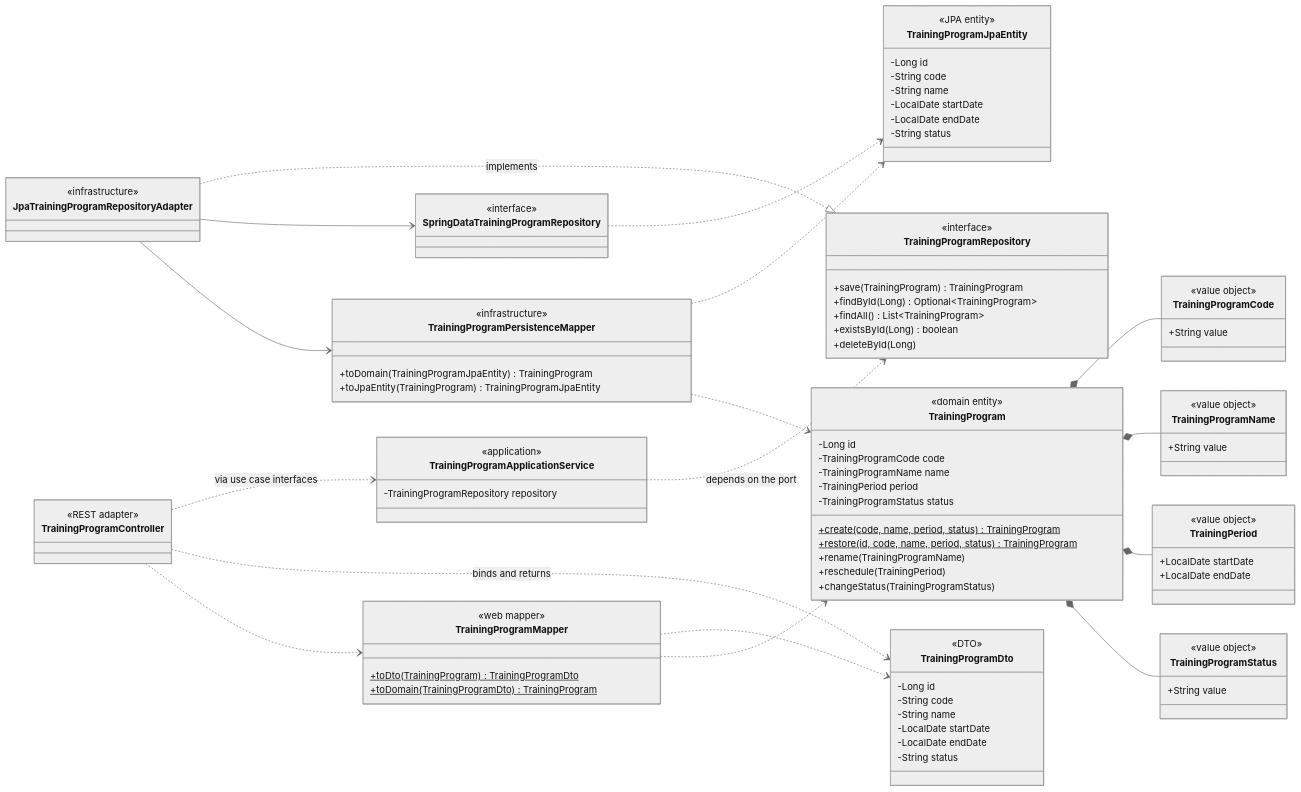
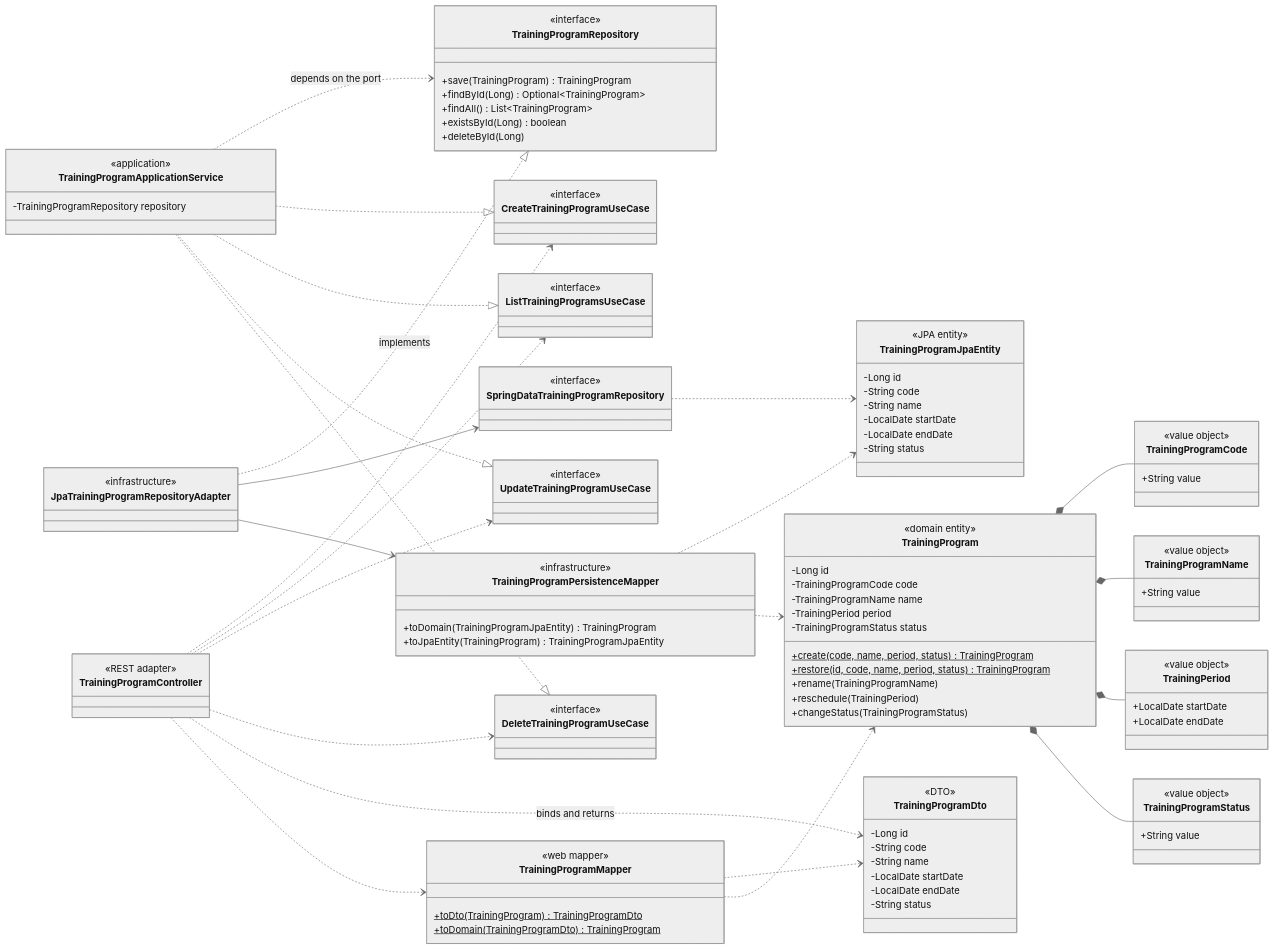
The second of 2 diagrams in docs/diag-class.md (keber/otf-sisacad), drawn with Mermaid (neutral theme) before and after one commit. The commit also changed other lines of this file and 5 other files, not shown here.

First line of the commit message:
docs: finalise architecture docs against the completed refactor

```diff
--- a/docs/diag-class.md
+++ b/docs/diag-class.md
@@ -141,6 +141,19 @@
         +findAll() List~TrainingProgram~
         +existsById(Long) boolean
         +deleteById(Long)
+    }
+
+    class CreateTrainingProgramUseCase {
+        <<interface>>
+    }
+    class ListTrainingProgramsUseCase {
+        <<interface>>
+    }
+    class UpdateTrainingProgramUseCase {
+        <<interface>>
+    }
+    class DeleteTrainingProgramUseCase {
+        <<interface>>
     }
 
     class TrainingProgramApplicationService {
@@ -210,7 +223,14 @@
     TrainingProgramPersistenceMapper ..> TrainingProgram
 
     %% REST adapter
-    TrainingProgramController ..> TrainingProgramApplicationService : via use case interfaces
+    TrainingProgramController ..> CreateTrainingProgramUseCase
+    TrainingProgramController ..> ListTrainingProgramsUseCase
+    TrainingProgramController ..> UpdateTrainingProgramUseCase
+    TrainingProgramController ..> DeleteTrainingProgramUseCase
+    TrainingProgramApplicationService ..|> CreateTrainingProgramUseCase
+    TrainingProgramApplicationService ..|> ListTrainingProgramsUseCase
+    TrainingProgramApplicationService ..|> UpdateTrainingProgramUseCase
+    TrainingProgramApplicationService ..|> DeleteTrainingProgramUseCase
     TrainingProgramController ..> TrainingProgramDto : binds and returns
     TrainingProgramController ..> TrainingProgramMapper
     TrainingProgramMapper ..> TrainingProgramDto
```
